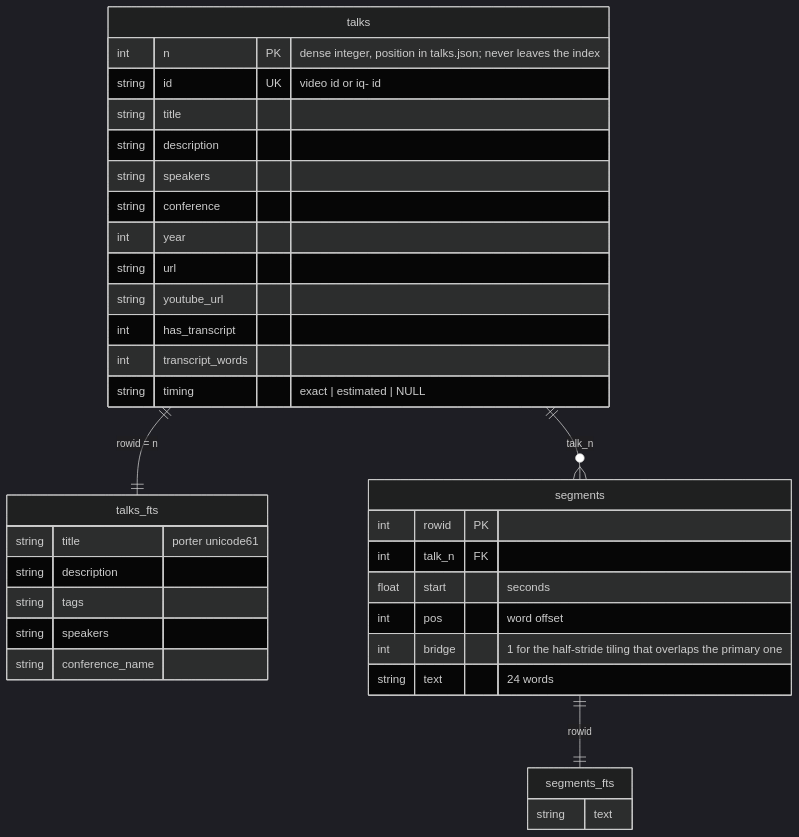
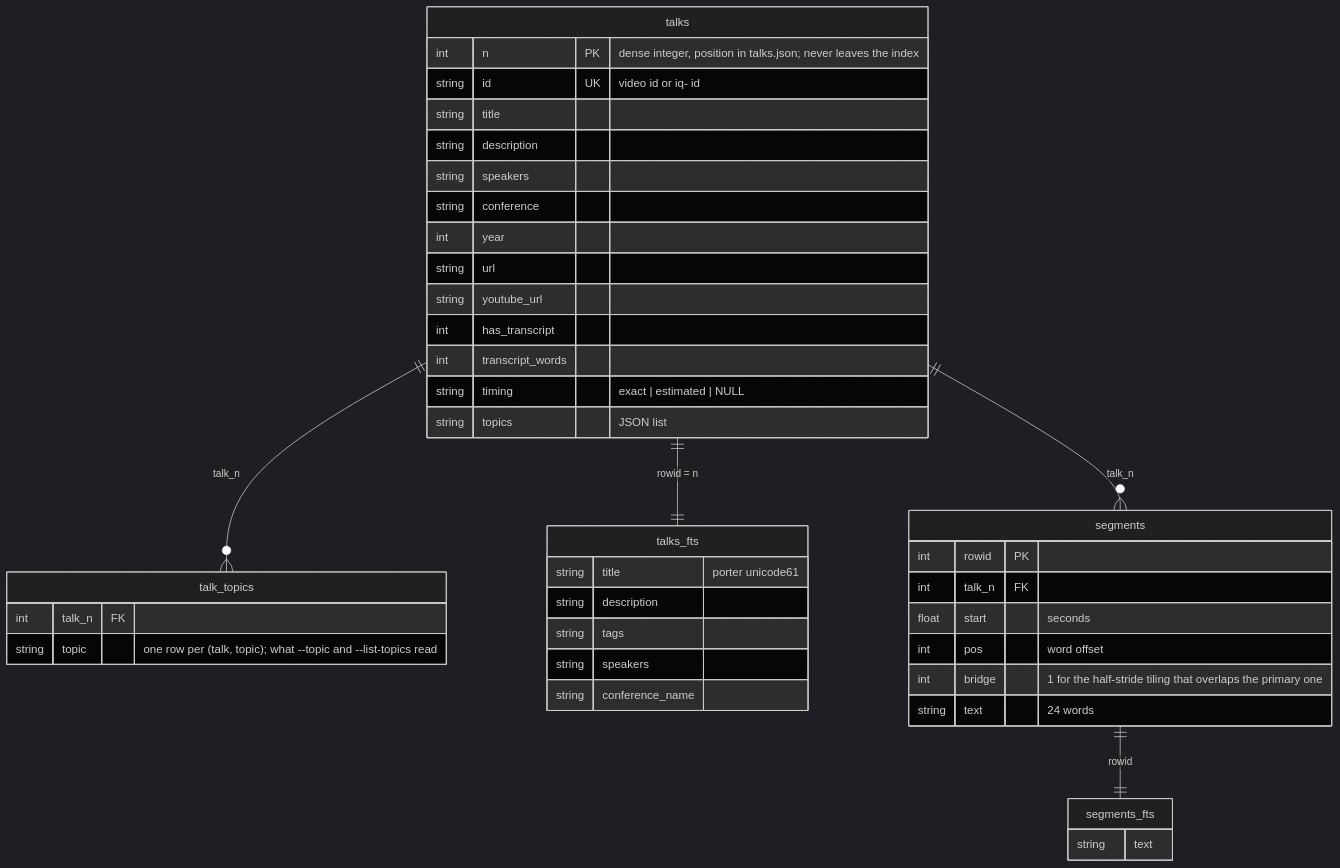
One commit to ppruchnerovic/ai-talks-universe changed diagram 13 of 17 in ARCHITECTURE.md. Above: the diagram before and after it, drawn with Mermaid (dark theme). The commit also changed other lines of this file and 9066 other files, not shown here.

````diff
--- a/ARCHITECTURE.md
+++ b/ARCHITECTURE.md
@@ -404,38 +433,44 @@
 ```mermaid
 erDiagram
     talks {
         int n PK "dense integer, position in talks.json; never leaves the index"
         string id UK "video id or iq- id"
         string title
         string description
         string speakers
         string conference
         int year
         string url
         string youtube_url
         int has_transcript
         int transcript_words
         string timing "exact | estimated | NULL"
+        string topics "JSON list"
+    }
+    talk_topics {
+        int talk_n FK
+        string topic "one row per (talk, topic); what --topic and --list-topics read"
     }
     talks_fts {
         string title "porter unicode61"
         string description
         string tags
         string speakers
         string conference_name
     }
     segments {
         int rowid PK
         int talk_n FK
         float start "seconds"
         int pos "word offset"
         int bridge "1 for the half-stride tiling that overlaps the primary one"
         string text "24 words"
     }
     segments_fts {
         string text
     }
     talks ||--|| talks_fts : "rowid = n"
+    talks ||--o{ talk_topics : "talk_n"
     talks ||--o{ segments : "talk_n"
     segments ||--|| segments_fts : "rowid"
 ```
````
